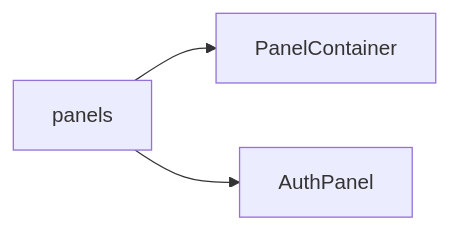
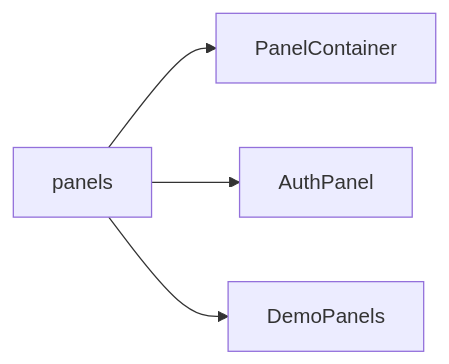
Before and after one commit to neofuture/chatr: the sixth of 9 diagrams in Documentation/Frontend/Components/index.md, drawn with Mermaid. The commit also changed other lines of this file and 158 other files, not shown here.

````diff
--- a/Documentation/Frontend/Components/index.md
+++ b/Documentation/Frontend/Components/index.md
@@ -55,5 +58,6 @@
 ```mermaid
 graph LR
     panels --> PanelContainer
     panels --> AuthPanel
+    panels --> DemoPanels
 ```
````
